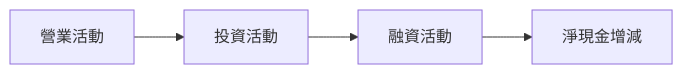
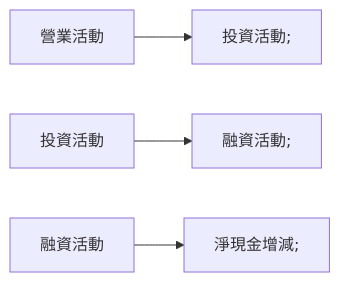
One commit to yennanliu/finance_data changed the seventh of 11 diagrams in ai_gen_report/stock/goog/fundamental_analysis_2026-03-23_openai.md. Above: the diagram before and after it, drawn with Mermaid. The commit also changed other lines of this file and 2258 other files, not shown here.

First line of the commit message:
chore: backfill Mermaid syntax repair across existing reports

````diff
--- a/ai_gen_report/stock/goog/fundamental_analysis_2026-03-23_openai.md
+++ b/ai_gen_report/stock/goog/fundamental_analysis_2026-03-23_openai.md
@@ -179,6 +179,6 @@
 ```mermaid
 graph LR;
-    營業活動-->投資活動;
-    投資活動-->融資活動;
-    融資活動-->淨現金增減;
+    營業活動 --> nb1["投資活動;"]
+    投資活動 --> nb2["融資活動;"]
+    融資活動 --> nb3["淨現金增減;"]
 ```
````
